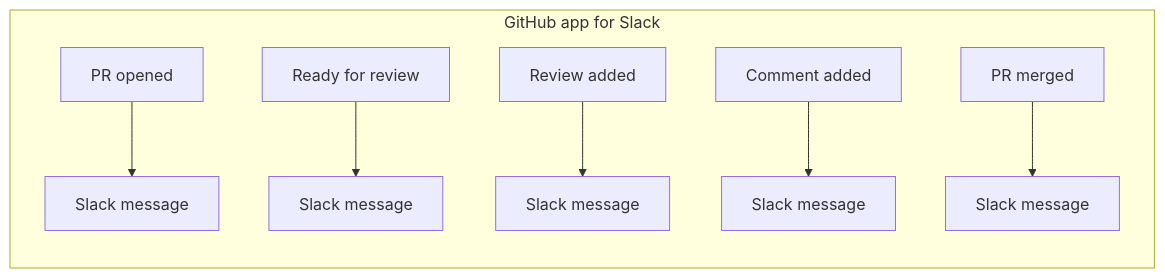
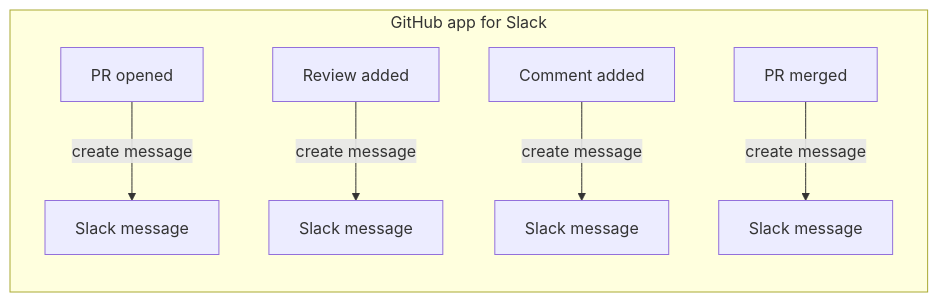
Before and after one commit to mptooling/notifycat: the first of 2 diagrams in docs/index.md, drawn with Mermaid. The commit also changed other lines of this file and 29 other files, not shown here.

````diff
--- a/docs/index.md
+++ b/docs/index.md
@@ -30,10 +21,9 @@
 ```mermaid
 flowchart LR
     subgraph github_app[GitHub app for Slack]
-        opened[PR opened] --> opened_msg[Slack message]
-        ready[Ready for review] --> ready_msg[Slack message]
-        review[Review added] --> review_msg[Slack message]
-        comment[Comment added] --> comment_msg[Slack message]
-        merged[PR merged] --> merged_msg[Slack message]
+        opened[PR opened] --create message--> opened_msg[Slack message]
+        review[Review added] --create message--> review_msg[Slack message]
+        comment[Comment added] --create message--> comment_msg[Slack message]
+        merged[PR merged] --create message--> merged_msg[Slack message]
     end
 ```
````
